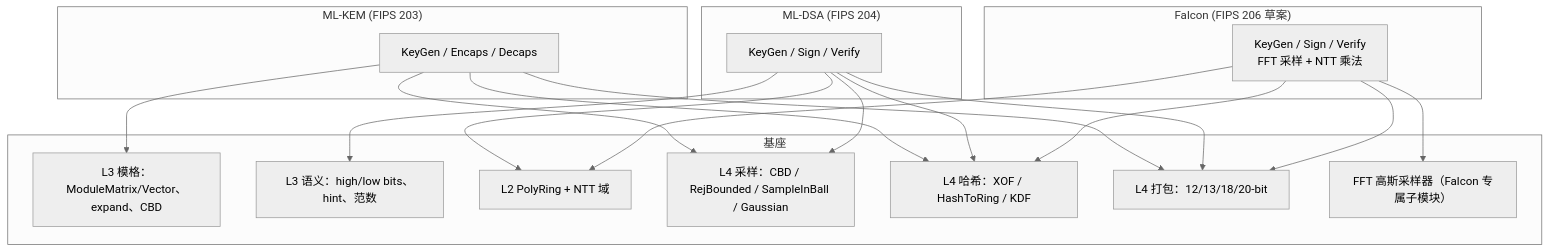
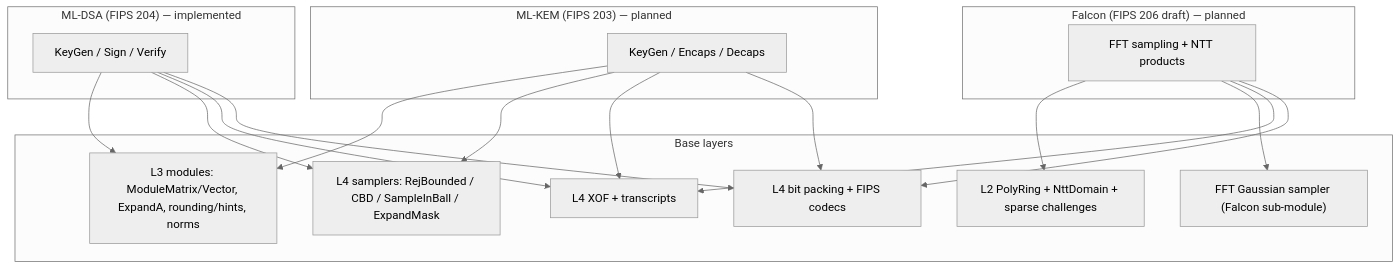
The diagram in docs/src/pages/schemes/pqc.mdx (SuccinctPaul/lattice-algebra-rs), drawn with Mermaid (neutral theme) before and after one commit. The commit also changed other lines of this file and 54 other files, not shown here.

````diff
--- a/docs/src/pages/schemes/pqc.mdx
+++ b/docs/src/pages/schemes/pqc.mdx
@@ -9,24 +9,23 @@
 ```mermaid
 flowchart TB
-    subgraph MLKEM["ML-KEM (FIPS 203)"]
+    subgraph MLDSA["ML-DSA (FIPS 204) — implemented"]
+        D1["KeyGen / Sign / Verify"]
+    end
+    subgraph MLKEM["ML-KEM (FIPS 203) — planned"]
         K1["KeyGen / Encaps / Decaps"]
     end
-    subgraph MLDSA["ML-DSA (FIPS 204)"]
-        D1["KeyGen / Sign / Verify"]
+    subgraph FALCON["Falcon (FIPS 206 draft) — planned"]
+        F1["FFT sampling + NTT products"]
     end
-    subgraph FALCON["Falcon (FIPS 206 草案)"]
-        F1["KeyGen / Sign / Verify<br/>FFT 采样 + NTT 乘法"]
+    subgraph BASE["Base layers"]
+        L3["L3 modules: ModuleMatrix/Vector, ExpandA, rounding/hints, norms"]
+        L2N["L2 PolyRing + NttDomain + sparse challenges"]
+        L4S["L4 samplers: RejBounded / CBD / SampleInBall / ExpandMask"]
+        L4H["L4 XOF + transcripts"]
+        L4P["L4 bit packing + FIPS codecs"]
+        GAUSS["FFT Gaussian sampler (Falcon sub-module)"]
     end
-    subgraph BASE["基座"]
-        L3["L3 模格：ModuleMatrix/Vector、expand、CBD"]
-        L3B["L3 语义：high/low bits、hint、范数"]
-        L2N["L2 PolyRing + NTT 域"]
-        L4S["L4 采样：CBD / RejBounded / SampleInBall / Gaussian"]
-        L4H["L4 哈希：XOF / HashToRing / KDF"]
-        L4P["L4 打包：12/13/18/20-bit"]
-        GAUSS["FFT 高斯采样器（Falcon 专属子模块）"]
-    end
+    D1 --> L3 & L4S & L4H & L4P
     K1 --> L3 & L4S & L4H & L4P
-    D1 --> L3B & L2N & L4S & L4H & L4P
     F1 --> L2N & GAUSS & L4H & L4P
 ```
````
